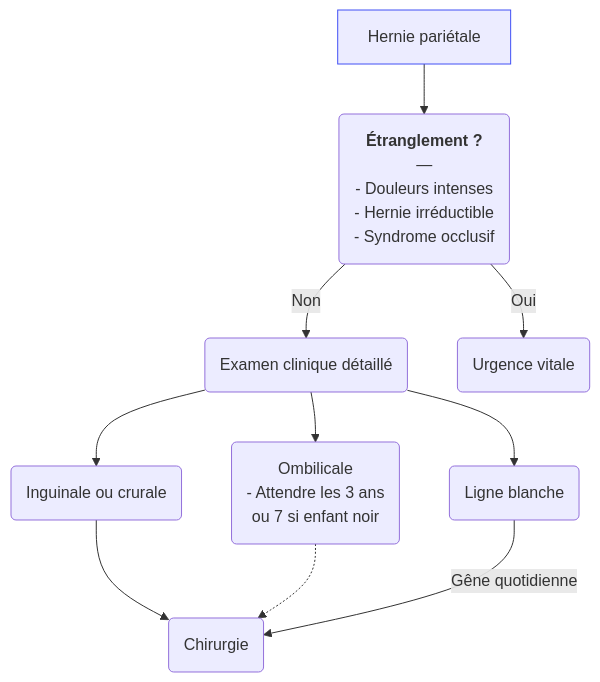
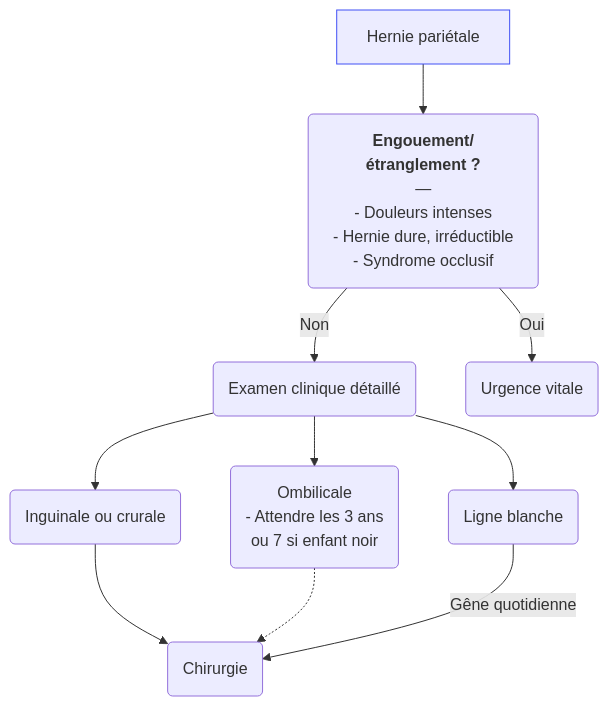
The diagram in content/recommandations/hernie-parietale.md (djibe/recommandations-medicales), drawn with Mermaid before and after one commit. The commit also changed other lines of this file and 40 other files, not shown here.

```diff
--- a/content/recommandations/hernie-parietale.md
+++ b/content/recommandations/hernie-parietale.md
@@ -147,12 +162,11 @@
 {{< mermaid title="Conduite à tenir et prise en charge d'une hernie pariétale. Dr JB Fron d'après HAS et Collèges" >}}
 graph TB
-accTitle: Conduite à tenir et prise en charge d'une hernie pariétale d'après HAS et Collèges
   hernie[Hernie pariétale]
   style hernie stroke:#4150f5, stroke-width:1px
-    hernie --> etranglement("<b>Étranglement ?</b><br>—<br>- Douleurs intenses<br>- Hernie irréductible<br>- Syndrome occlusif")
+    hernie --> etranglement("<b>Engouement/étranglement ?</b><br>—<br>- Douleurs intenses<br>- Hernie dure, irréductible<br>- Syndrome occlusif")
       etranglement -- Non --> clinique(Examen clinique détaillé)
         clinique --> inguinale(Inguinale ou crurale) --> chirurgie(Chirurgie)
         clinique --> ombilicale(Ombilicale<br>- Attendre les 3 ans<br>ou 7 si enfant noir) -.-> chirurgie
         clinique --> ligneBlanche(Ligne blanche) -- Gêne quotidienne --> chirurgie
       etranglement -- Oui --> urgences(Urgence vitale)
 {{< /mermaid >}}
```
